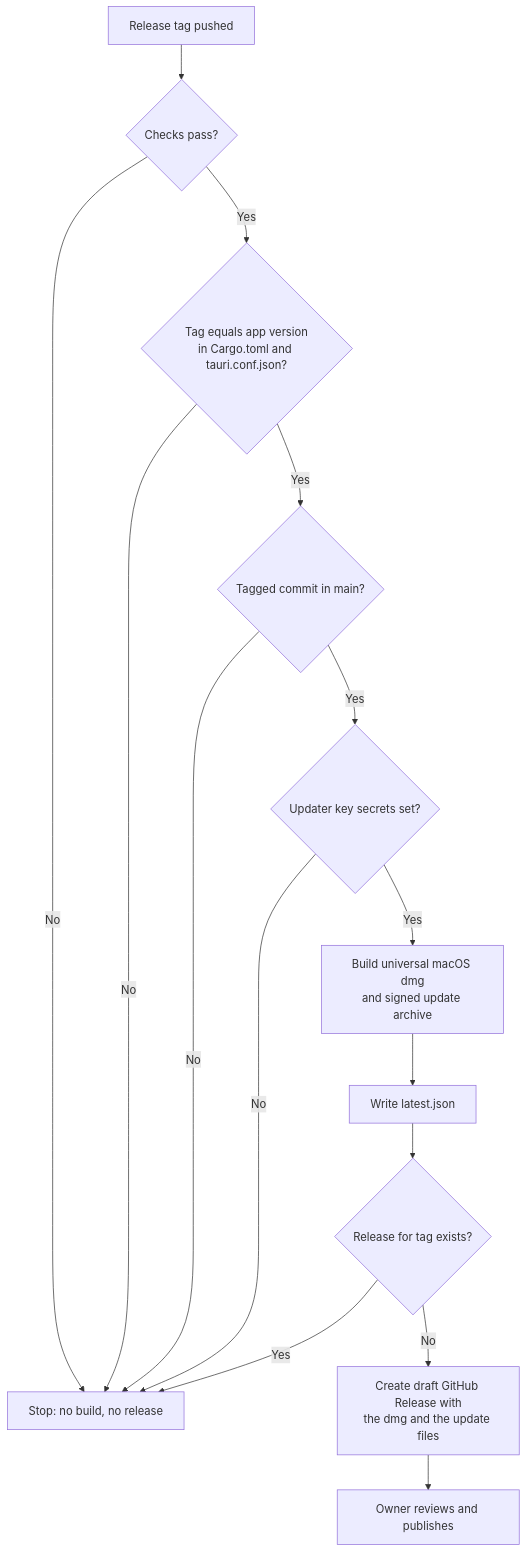
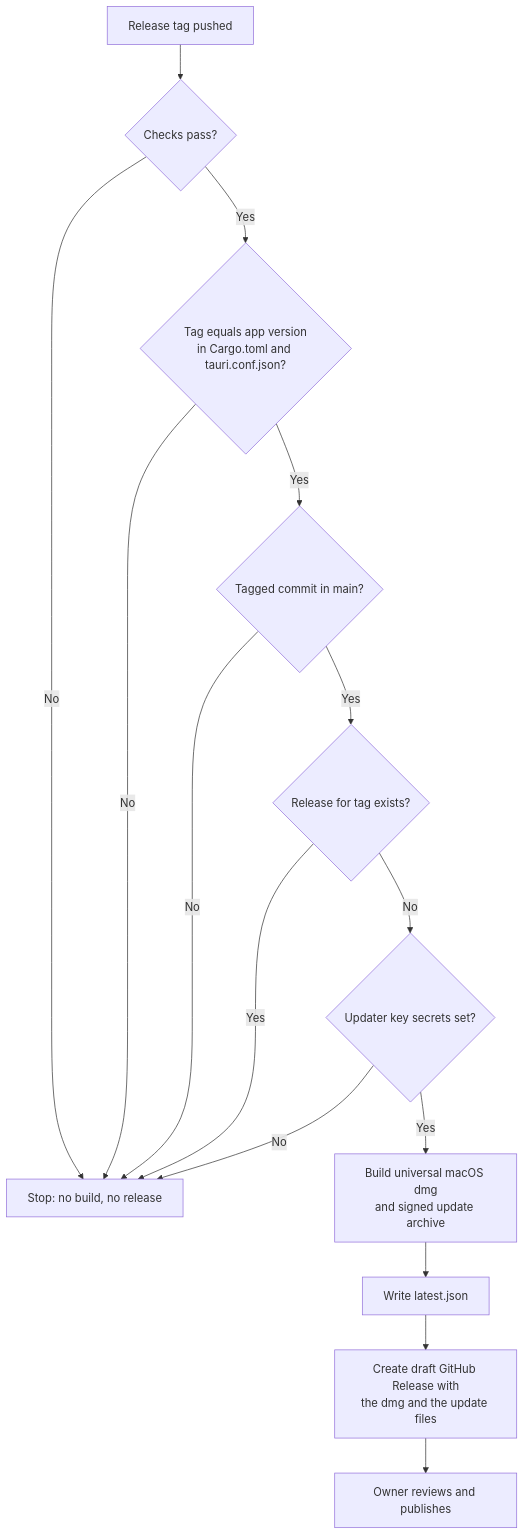
Before and after one commit to BardoelT/varde: the diagram in docs/csd/CSD-021-ci-and-release-pipeline.md, drawn with Mermaid. The commit also changed other lines of this file and 7 other files, not shown here.

````diff
--- a/docs/csd/CSD-021-ci-and-release-pipeline.md
+++ b/docs/csd/CSD-021-ci-and-release-pipeline.md
@@ -44,17 +44,17 @@
 ```mermaid
 flowchart TD
     A[Release tag pushed] --> B{Checks pass?}
     B -- No --> X[Stop: no build, no release]
     B -- Yes --> C{Tag equals app version<br/>in Cargo.toml and tauri.conf.json?}
     C -- No --> X
     C -- Yes --> D{Tagged commit in main?}
     D -- No --> X
-    D -- Yes --> K{Updater key secrets set?}
+    D -- Yes --> R{Release for tag exists?}
+    R -- Yes --> X
+    R -- No --> K{Updater key secrets set?}
     K -- No --> X
     K -- Yes --> E[Build universal macOS dmg<br/>and signed update archive]
     E --> J[Write latest.json]
-    J --> F{Release for tag exists?}
-    F -- Yes --> X
-    F -- No --> G[Create draft GitHub Release with<br/>the dmg and the update files]
+    J --> G[Create draft GitHub Release with<br/>the dmg and the update files]
     G --> H[Owner reviews and publishes]
 ```
````
